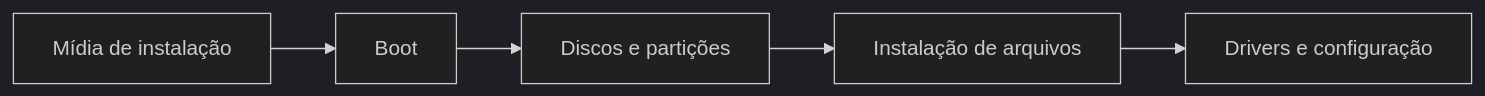
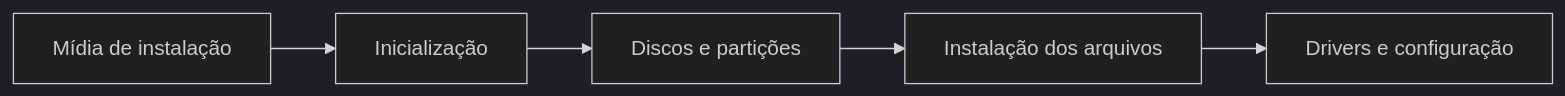
Before and after one commit to theroven79-droid/SISTEMAS-OPERACIONAIS: the diagram in Aula-4/README.md, drawn with Mermaid (dark theme). The commit also changed other lines of this file, not shown here.

````diff
--- a/Aula-4/README.md
+++ b/Aula-4/README.md
@@ -16,7 +18,7 @@
 ```mermaid
 flowchart LR
-    A[Mídia de instalação] --> B[Boot]
-    B --> C[Discos e partições]
-    C --> D[Instalação de arquivos]
-    D --> E[Drivers e configuração]
+    A["Mídia de instalação"] --> B["Inicialização"]
+    B --> C["Discos e partições"]
+    C --> D["Instalação dos arquivos"]
+    D --> E["Drivers e configuração"]
 ```
````
